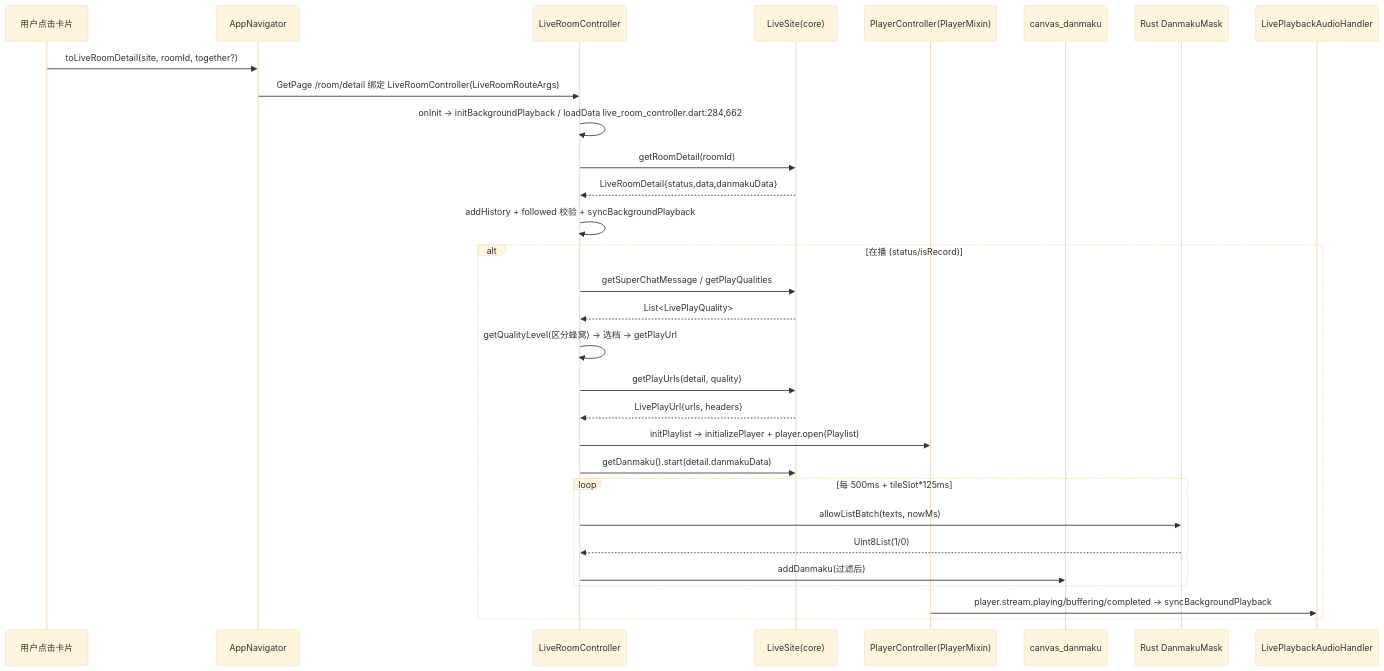
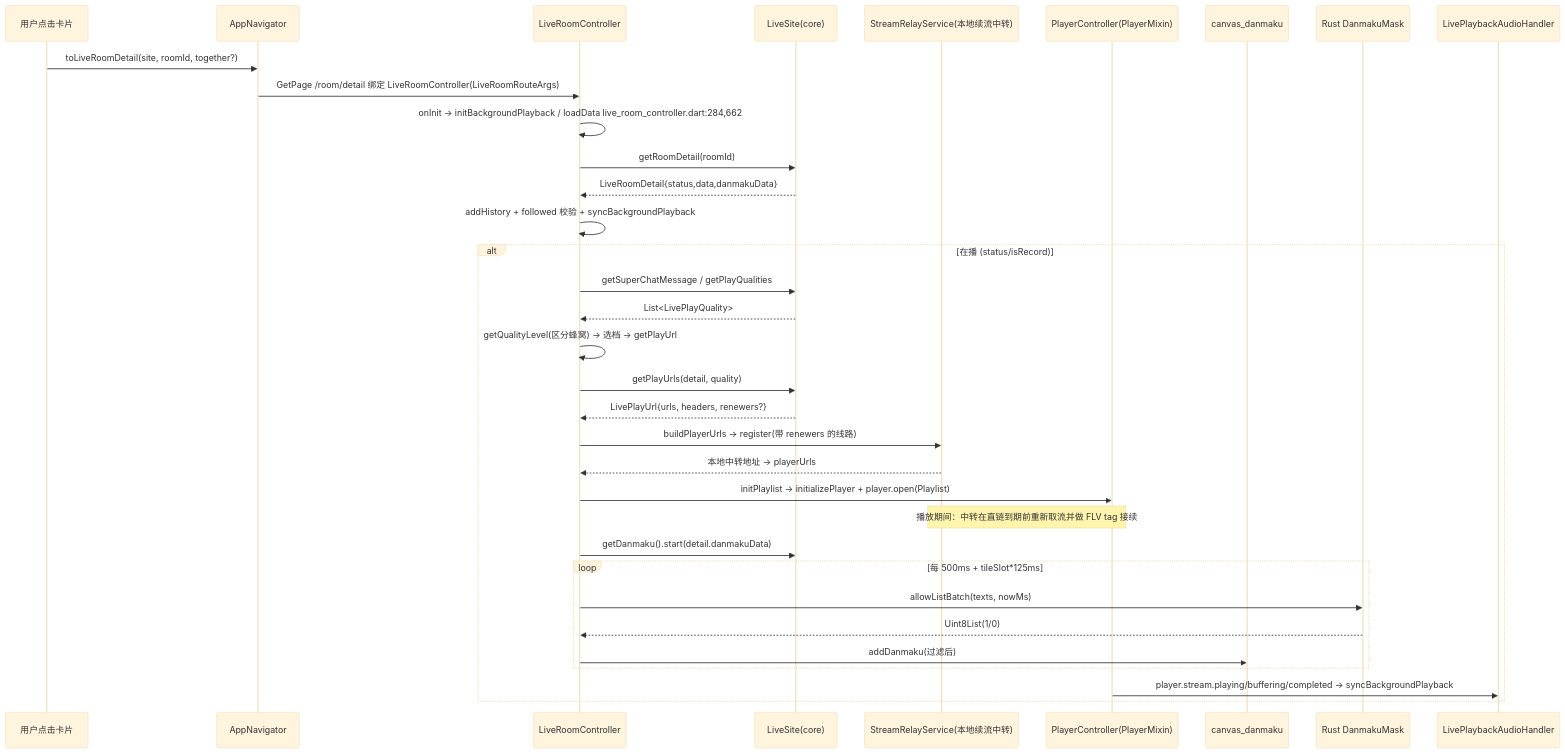
The fourth of 9 diagrams in simple_live_app/doc/workflow-diagram.md (gaoxing64/dart_simple_live), drawn with Mermaid (base theme) before and after one commit. The commit also changed other lines of this file and 6 other files, not shown here.

````diff
--- a/simple_live_app/doc/workflow-diagram.md
+++ b/simple_live_app/doc/workflow-diagram.md
@@ -104,33 +104,37 @@
 ```mermaid
 sequenceDiagram
     participant U as 用户点击卡片
     participant Nav as AppNavigator
     participant LC as LiveRoomController
     participant S as LiveSite(core)
+    participant RA as StreamRelayService(本地续流中转)
     participant PC as PlayerController(PlayerMixin)
     participant DM as canvas_danmaku
     participant RK as Rust DanmakuMask
     participant BG as LivePlaybackAudioHandler
 
     U->>Nav: toLiveRoomDetail(site, roomId, together?)
     Nav->>LC: GetPage /room/detail 绑定 LiveRoomController(LiveRoomRouteArgs)
     LC->>LC: onInit → initBackgroundPlayback / loadData  live_room_controller.dart:284,662
     LC->>S: getRoomDetail(roomId)
     S-->>LC: LiveRoomDetail{status,data,danmakuData}
     LC->>LC: addHistory + followed 校验 + syncBackgroundPlayback
     alt 在播 (status/isRecord)
         LC->>S: getSuperChatMessage / getPlayQualities
         S-->>LC: List<LivePlayQuality>
         LC->>LC: getQualityLevel(区分蜂窝) → 选档 → getPlayUrl
         LC->>S: getPlayUrls(detail, quality)
-        S-->>LC: LivePlayUrl{urls, headers}
+        S-->>LC: LivePlayUrl{urls, headers, renewers?}
+        LC->>RA: buildPlayerUrls → register(带 renewers 的线路)
+        RA-->>LC: 本地中转地址 → playerUrls
         LC->>PC: initPlaylist → initializePlayer + player.open(Playlist)
+        Note over RA,PC: 播放期间：中转在直链到期前重新取流并做 FLV tag 接续
         LC->>S: getDanmaku().start(detail.danmakuData)
         loop 每 500ms + tileSlot*125ms
             LC->>RK: allowListBatch(texts, nowMs)
             RK-->>LC: Uint8List(1/0)
             LC->>DM: addDanmaku(过滤后)
         end
         PC->>BG: player.stream.playing/buffering/completed → syncBackgroundPlayback
     end
 ```
````
